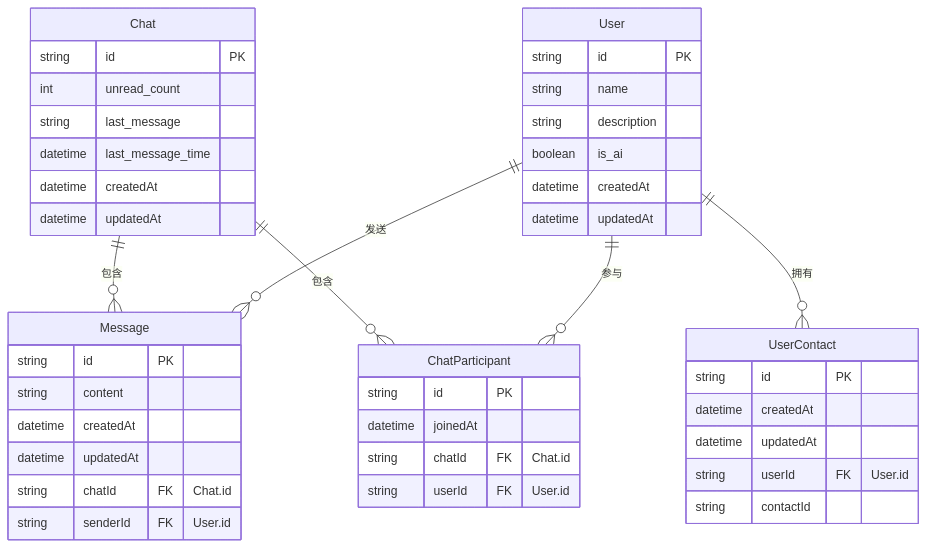
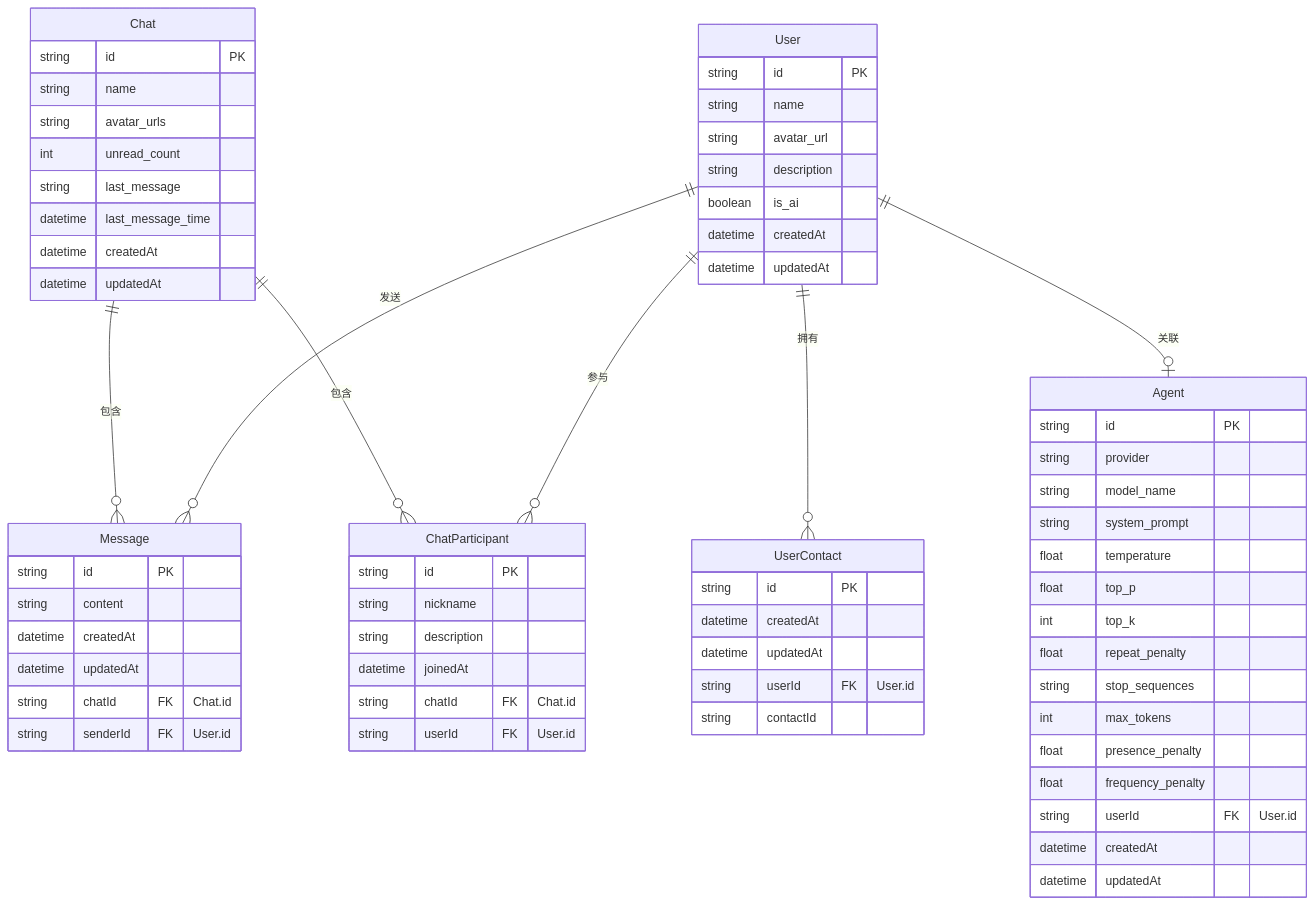
The first of 2 diagrams in apps/client/src-tauri/prisma/schema.md (guixin-ai/guixin), drawn with Mermaid before and after one commit. The commit also changed other lines of this file and 5 other files, not shown here.

````diff
--- a/apps/client/src-tauri/prisma/schema.md
+++ b/apps/client/src-tauri/prisma/schema.md
@@ -7,50 +7,74 @@
 ```mermaid
 erDiagram
     User ||--o{ Message : "发送"
     User ||--o{ ChatParticipant : "参与"
     User ||--o{ UserContact : "拥有"
+    User ||--o| Agent : "关联"
     Chat ||--o{ ChatParticipant : "包含"
     Chat ||--o{ Message : "包含"
 
     User {
         string id PK
         string name
+        string avatar_url
         string description
         boolean is_ai
+        datetime createdAt
+        datetime updatedAt
+    }
+
+    Agent {
+        string id PK
+        string provider
+        string model_name
+        string system_prompt
+        float temperature
+        float top_p
+        int top_k
+        float repeat_penalty
+        string stop_sequences
+        int max_tokens
+        float presence_penalty
+        float frequency_penalty
+        string userId FK "User.id"
         datetime createdAt
         datetime updatedAt
     }
 
     UserContact {
         string id PK
         datetime createdAt
         datetime updatedAt
         string userId FK "User.id"
         string contactId
     }
 
     Chat {
         string id PK
+        string name
+        string avatar_urls
         int unread_count
         string last_message
         datetime last_message_time
         datetime createdAt
         datetime updatedAt
     }
 
     ChatParticipant {
         string id PK
+        string nickname
+        string description
         datetime joinedAt
         string chatId FK "Chat.id"
         string userId FK "User.id"
     }
 
     Message {
         string id PK
         string content
         datetime createdAt
         datetime updatedAt
         string chatId FK "Chat.id"
         string senderId FK "User.id"
     }
 ```
````
